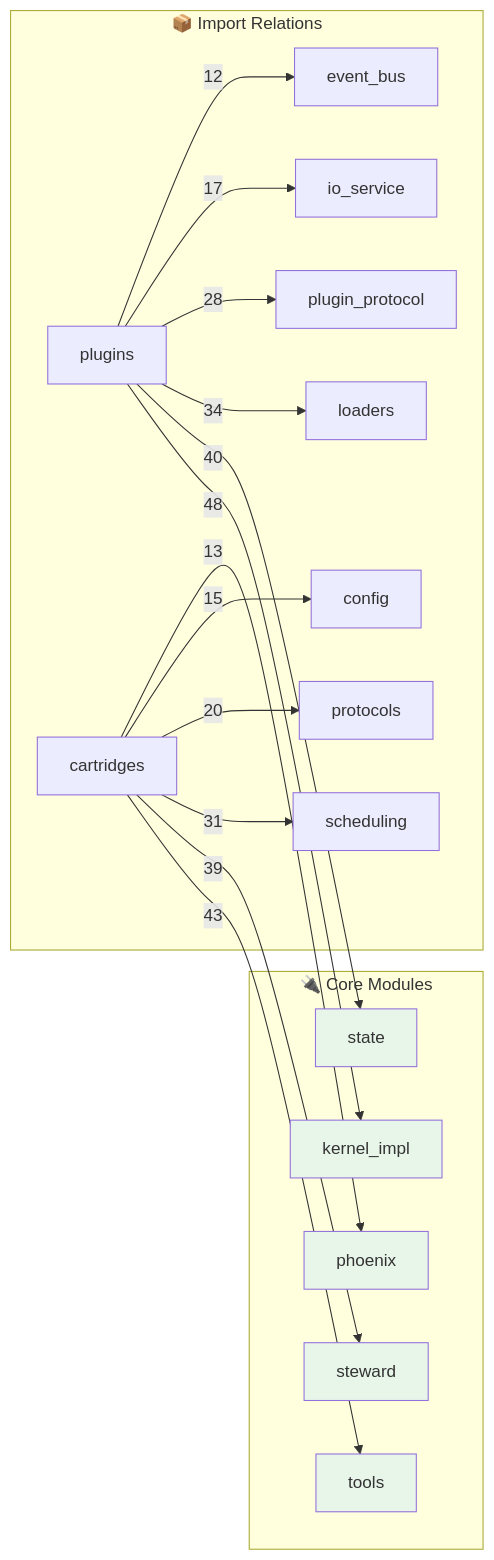
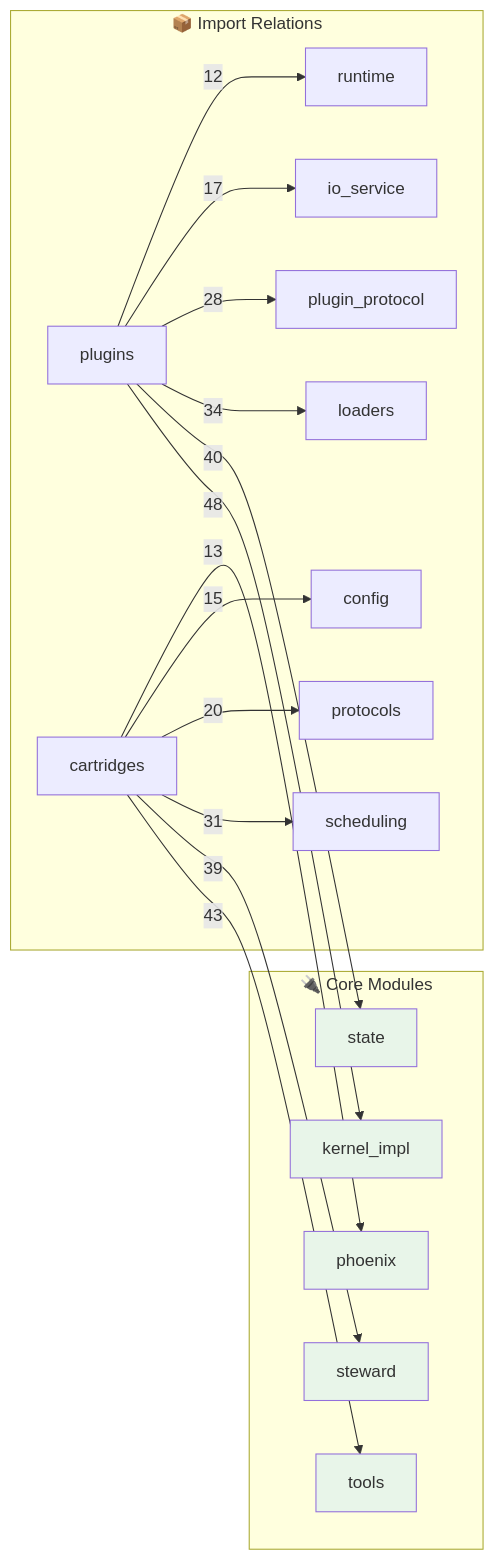
Before and after one commit to kimeisele/steward-protocol: the second of 2 diagrams in OPUS.md, drawn with Mermaid. The commit also changed other lines of this file and 11 other files, not shown here.

````diff
--- a/OPUS.md
+++ b/OPUS.md
@@ -736,31 +750,31 @@
 ```mermaid
 flowchart LR
     subgraph Core["🔌 Core Modules"]
         kernel_impl[kernel_impl]
         steward[steward]
         tools[tools]
         state[state]
         phoenix[phoenix]
     end
 
     subgraph Edges["📦 Import Relations"]
         plugins -->|48| kernel_impl
         cartridges -->|43| tools
         plugins -->|40| state
         cartridges -->|39| steward
         plugins -->|34| loaders
         cartridges -->|31| scheduling
         plugins -->|28| plugin_protocol
         cartridges -->|20| protocols
         plugins -->|17| io_service
         cartridges -->|15| config
         cartridges -->|13| phoenix
-        plugins -->|12| event_bus
+        plugins -->|12| runtime
     end
 
     style kernel_impl fill:#e8f5e9
     style steward fill:#e8f5e9
     style tools fill:#e8f5e9
     style state fill:#e8f5e9
     style phoenix fill:#e8f5e9
 ```
````
